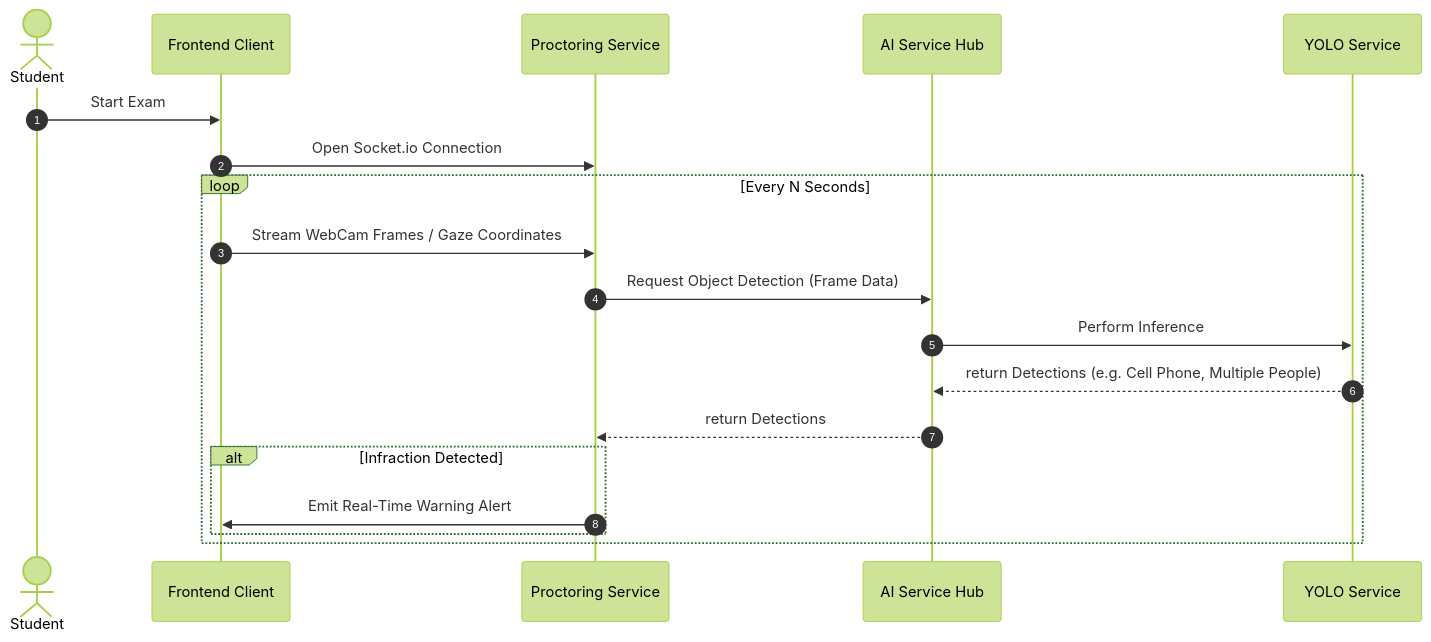
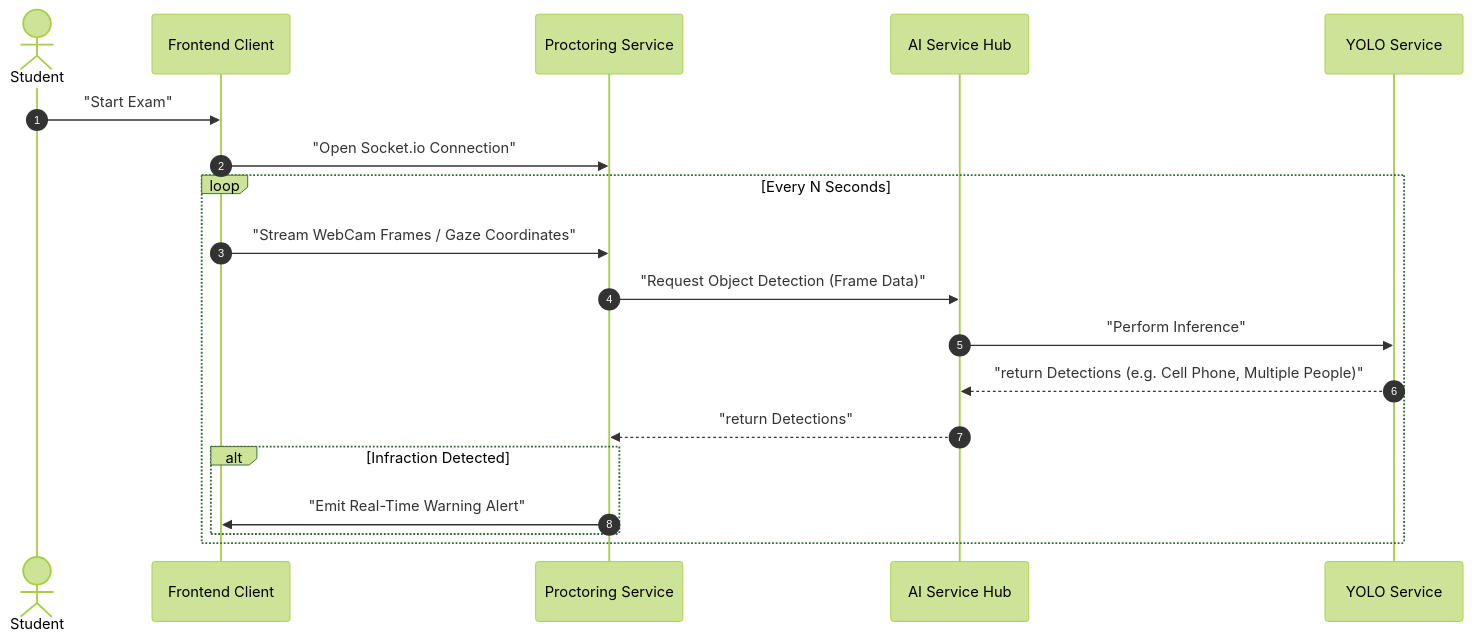
Before and after one commit to M-VIGNESH3/clahan-academy: the second of 3 diagrams in application_architecture.md, drawn with Mermaid (forest theme). The commit also changed other lines of this file and 178 other files, not shown here.

````diff
--- a/application_architecture.md
+++ b/application_architecture.md
@@ -108,22 +116,22 @@
 ```mermaid
 sequenceDiagram
     autonumber
     actor Student
     participant UI as Frontend Client
     participant PS as Proctoring Service
     participant AI as AI Service Hub
     participant Y as YOLO Service
 
-    Student->>UI: Start Exam
-    UI->>PS: Open Socket.io Connection
+    Student->>UI: "Start Exam"
+    UI->>PS: "Open Socket.io Connection"
     loop Every N Seconds
-        UI->>PS: Stream WebCam Frames / Gaze Coordinates
-        PS->>AI: Request Object Detection (Frame Data)
-        AI->>Y: Perform Inference
-        Y-->>AI: return Detections (e.g. Cell Phone, Multiple People)
-        AI-->>PS: return Detections
+        UI->>PS: "Stream WebCam Frames / Gaze Coordinates"
+        PS->>AI: "Request Object Detection (Frame Data)"
+        AI->>Y: "Perform Inference"
+        Y-->>AI: "return Detections (e.g. Cell Phone, Multiple People)"
+        AI-->>PS: "return Detections"
         alt Infraction Detected
-            PS->>UI: Emit Real-Time Warning Alert
+            PS->>UI: "Emit Real-Time Warning Alert"
         end
     end
 ```
````
